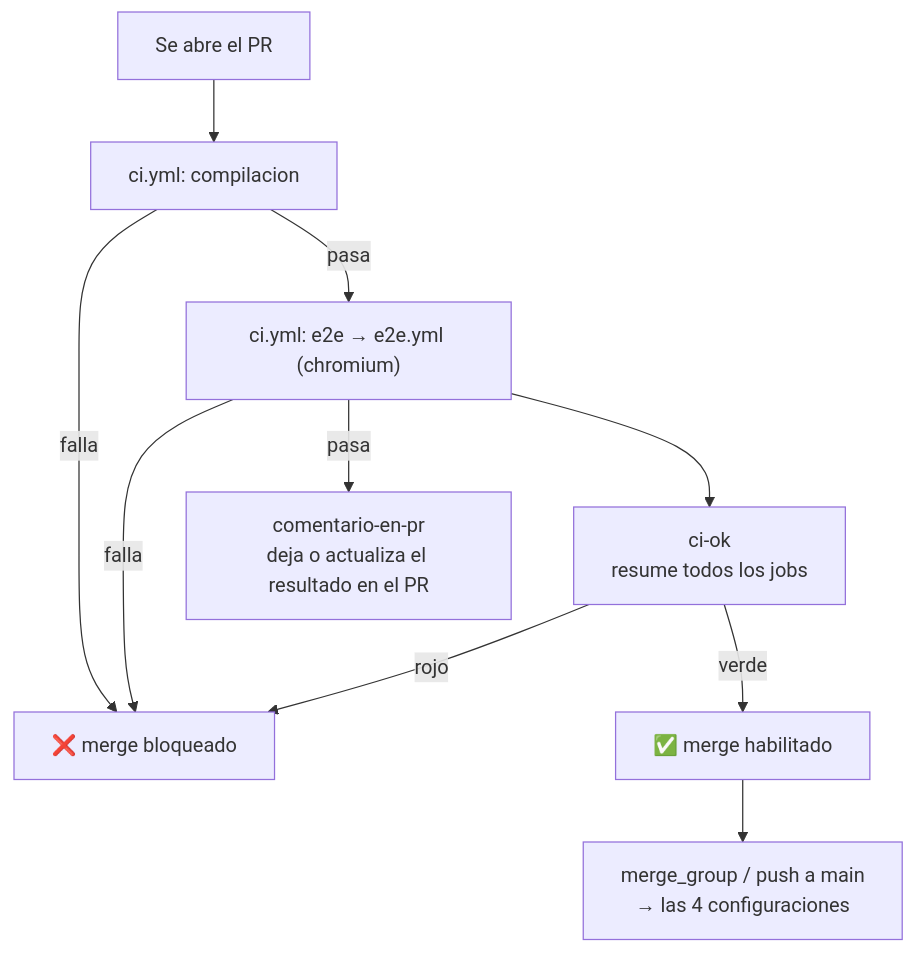
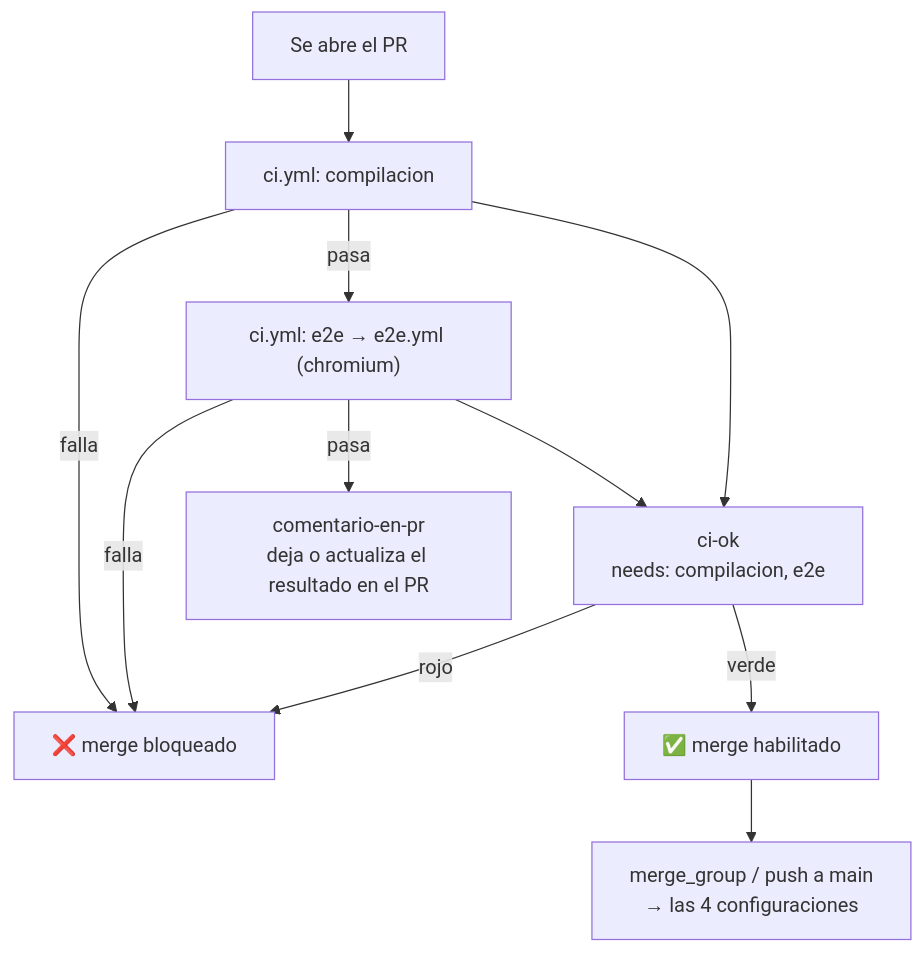
Before and after one commit to hdcm-dev/Lab-E2E.WebBlazor.Documentacion: the fifth of 5 diagrams in Guides/Beginner-Guide.md, drawn with Mermaid. The commit also changed other lines of this file and 3 other files, not shown here.

````diff
--- a/Guides/Beginner-Guide.md
+++ b/Guides/Beginner-Guide.md
@@ -1026,12 +1154,13 @@
 ```mermaid
 flowchart TD
     A["Se abre el PR"] --> B["ci.yml: compilacion"]
     B -->|falla| X["❌ merge bloqueado"]
     B -->|pasa| C["ci.yml: e2e → e2e.yml (chromium)"]
     C -->|falla| X
     C -->|pasa| D["comentario-en-pr<br/>deja o actualiza el resultado en el PR"]
-    C --> E["ci-ok<br/>resume todos los jobs"]
+    C --> E["ci-ok<br/>needs: compilacion, e2e"]
+    B --> E
     E -->|rojo| X
     E -->|verde| F["✅ merge habilitado"]
     F --> G["merge_group / push a main<br/>→ las 4 configuraciones"]
 ```
````
